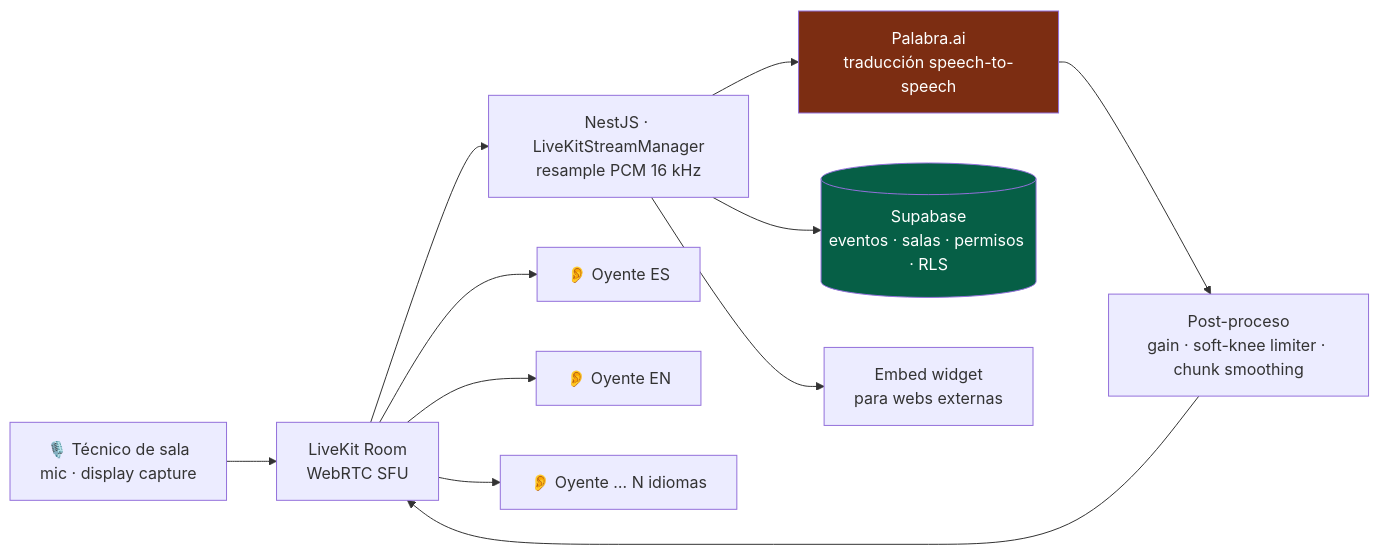
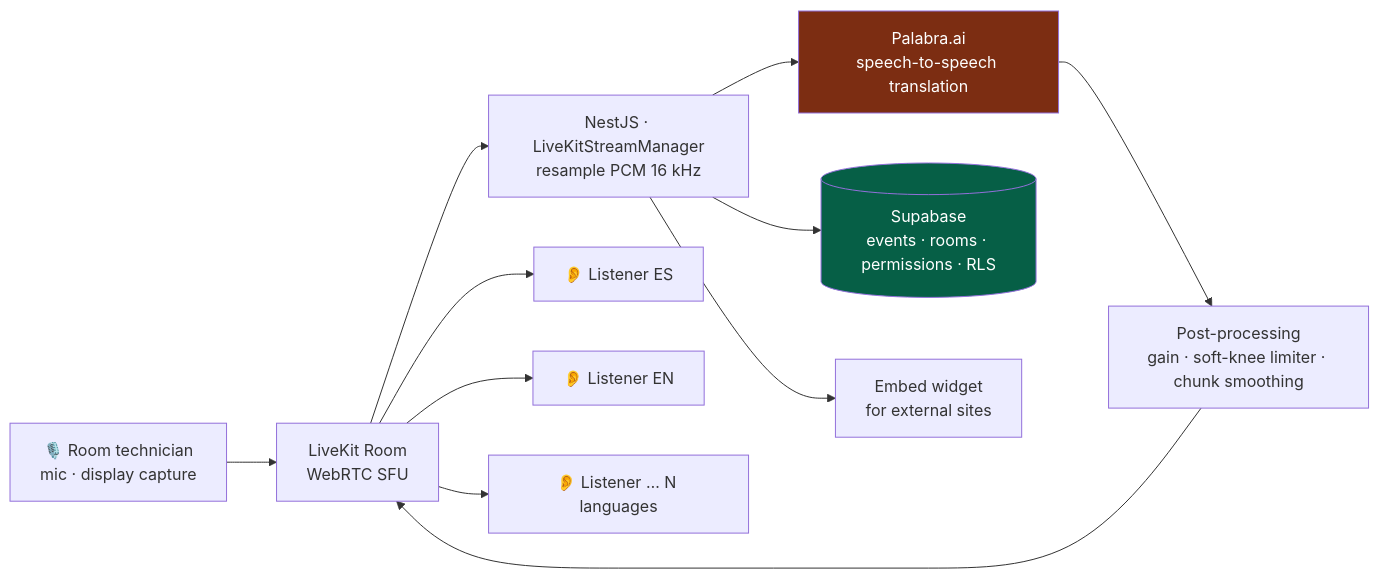
The first of 2 diagrams in projects/audionow.md (aleglope/production-systems-case-studies), drawn with Mermaid before and after one commit. The commit also changed other lines of this file and 25 other files, not shown here.

````diff
--- a/projects/audionow.md
+++ b/projects/audionow.md
@@ -17,17 +19,17 @@
 ```mermaid
 flowchart LR
-    TEC["🎙️ Técnico de sala<br/>mic · display capture"] --> LK["LiveKit Room<br/>WebRTC SFU"]
+    TEC["🎙️ Room technician<br/>mic · display capture"] --> LK["LiveKit Room<br/>WebRTC SFU"]
     LK --> BOT["NestJS · LiveKitStreamManager<br/>resample PCM 16 kHz"]
-    BOT --> PAL["Palabra.ai<br/>traducción speech-to-speech"]
-    PAL --> MIX["Post-proceso<br/>gain · soft-knee limiter · chunk smoothing"]
+    BOT --> PAL["Palabra.ai<br/>speech-to-speech translation"]
+    PAL --> MIX["Post-processing<br/>gain · soft-knee limiter · chunk smoothing"]
     MIX --> LK
-    LK --> L1["👂 Oyente ES"]
-    LK --> L2["👂 Oyente EN"]
-    LK --> L3["👂 Oyente … N idiomas"]
+    LK --> L1["👂 Listener ES"]
+    LK --> L2["👂 Listener EN"]
+    LK --> L3["👂 Listener … N languages"]
 
-    BOT --> SUPA[("Supabase<br/>eventos · salas · permisos · RLS")]
-    BOT --> EMBED["Embed widget<br/>para webs externas"]
+    BOT --> SUPA[("Supabase<br/>events · rooms · permissions · RLS")]
+    BOT --> EMBED["Embed widget<br/>for external sites"]
 
     style SUPA fill:#065f46,color:#fff
     style PAL fill:#7c2d12,color:#fff
 ```
````
